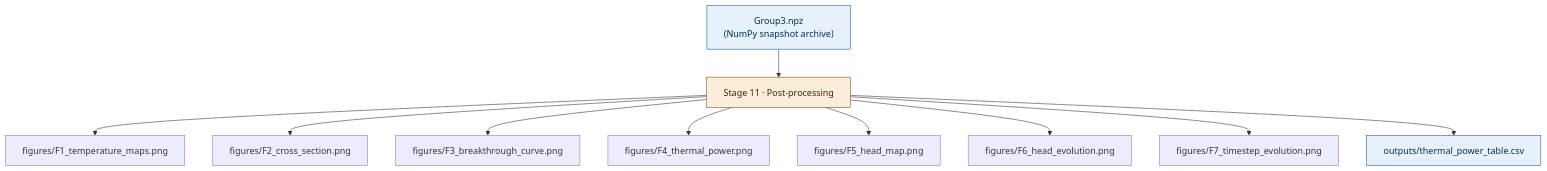
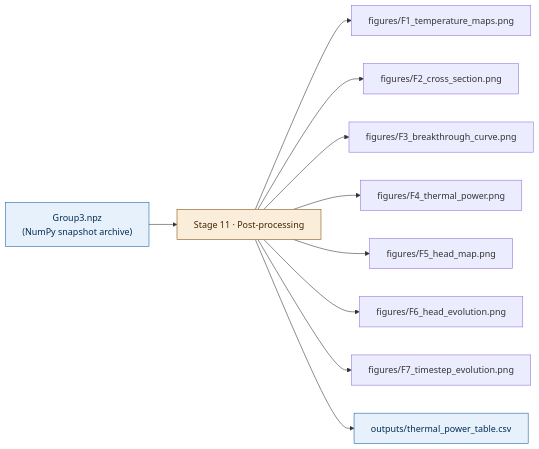
The second of 2 diagrams in README.md (imansgh/feflow-geothermal-automation), drawn with Mermaid before and after one commit.

````diff
--- a/README.md
+++ b/README.md
@@ -107,26 +107,26 @@
 ```mermaid
-flowchart TD
+flowchart LR
     NPZ["Group3.npz<br/>(NumPy snapshot archive)"]
     P11["Stage 11 · Post-processing"]
     F1["figures/F1_temperature_maps.png"]
     F2["figures/F2_cross_section.png"]
     F3["figures/F3_breakthrough_curve.png"]
     F4["figures/F4_thermal_power.png"]
     F5["figures/F5_head_map.png"]
     F6["figures/F6_head_evolution.png"]
     F7["figures/F7_timestep_evolution.png"]
     CSV["outputs/thermal_power_table.csv"]
     NPZ --> P11
     P11 --> F1
     P11 --> F2
     P11 --> F3
     P11 --> F4
     P11 --> F5
     P11 --> F6
     P11 --> F7
     P11 --> CSV
     classDef store fill:#E6F1FB,stroke:#185FA5,color:#042C53;
     classDef run fill:#FAEEDA,stroke:#854F0B,color:#412402;
     class NPZ,CSV store;
     class P11 run;
 ```
````
